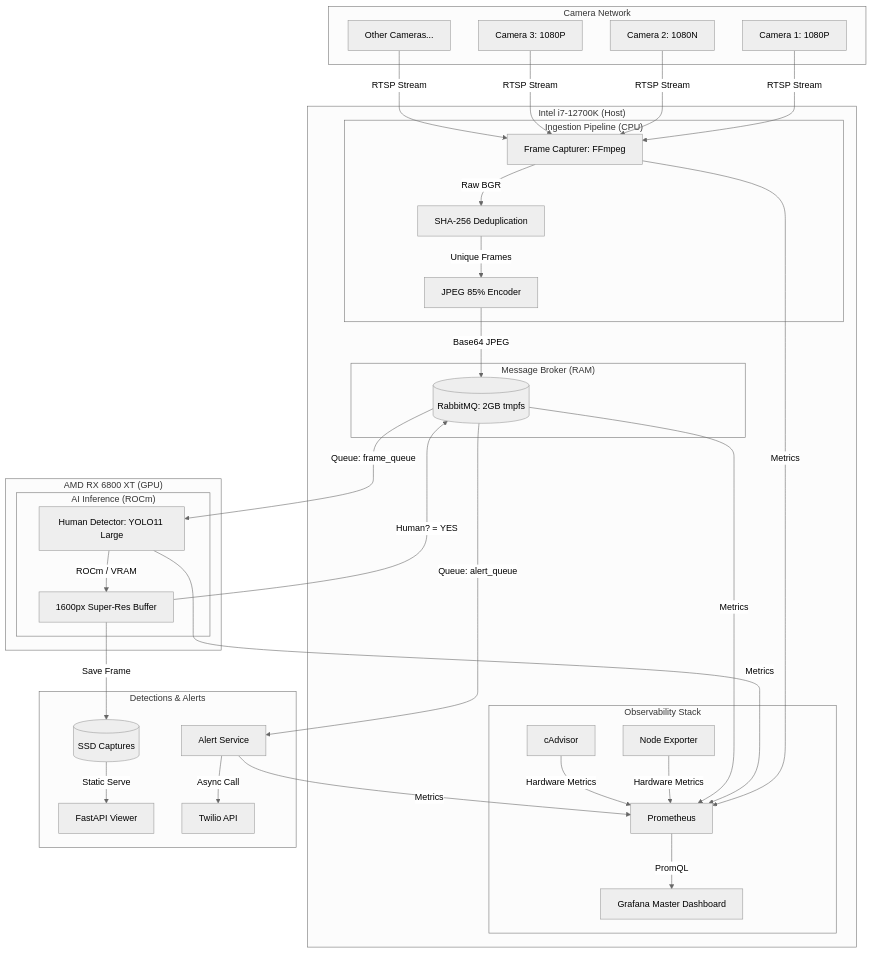
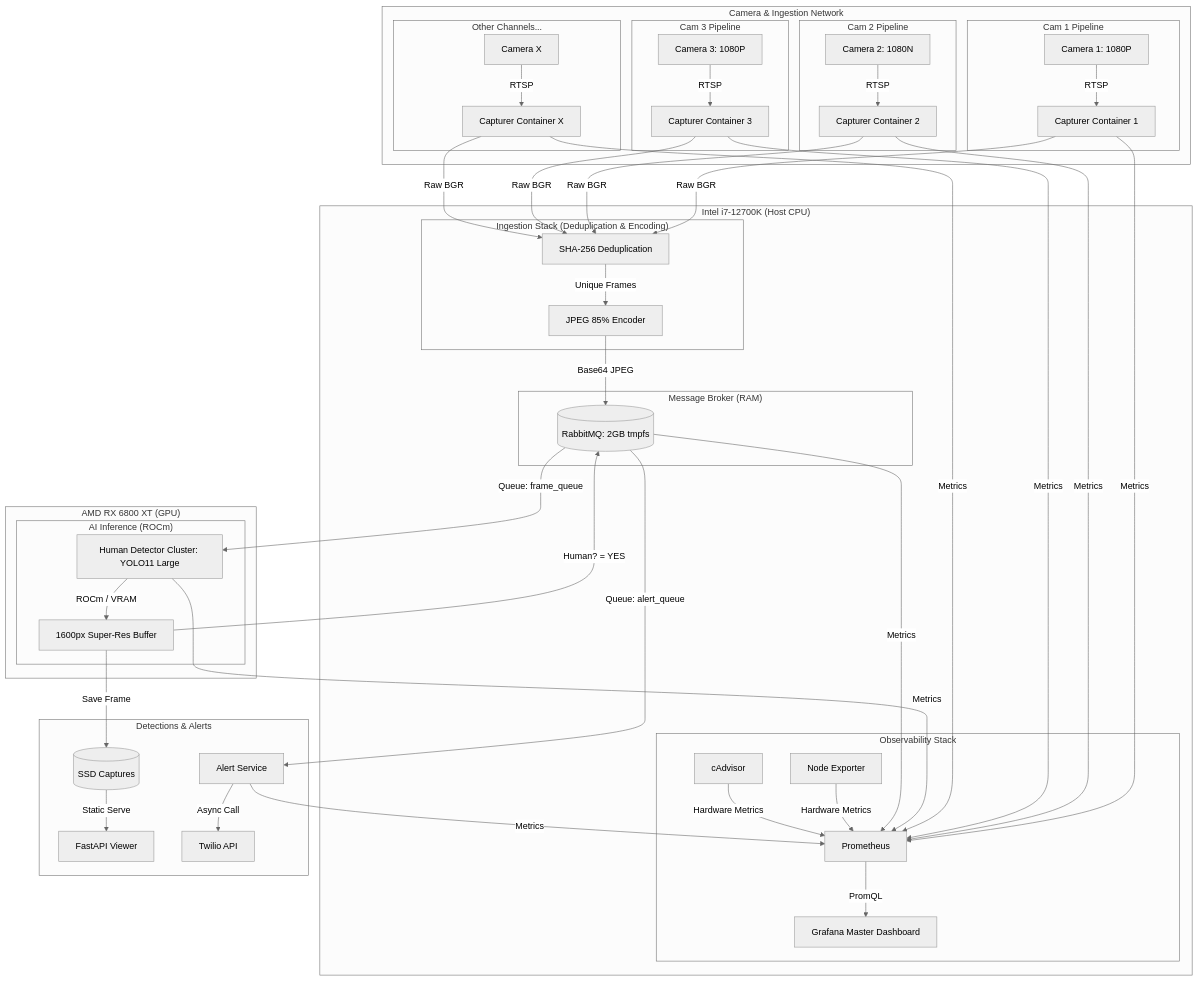
One commit to Tahsib/IntruderWatch changed the diagram in README.md. Above: the diagram before and after it, drawn with Mermaid (neutral theme).

Commit message:
docs: correct architecture diagram to show 1:1 camera-to-container mapping

````diff
--- a/README.md
+++ b/README.md
@@ -10,60 +10,75 @@
 ```mermaid
 graph TD
-    subgraph "Camera Network"
-        C1[Camera 1: 1080P]
-        C2[Camera 2: 1080N]
-        C3[Camera 3: 1080P]
-        CX[Other Cameras...]
+    subgraph "Camera & Ingestion Network"
+        subgraph "Cam 1 Pipeline"
+            C1[Camera 1: 1080P]
+            FC1[Capturer Container 1]
+        end
+        subgraph "Cam 2 Pipeline"
+            C2[Camera 2: 1080N]
+            FC2[Capturer Container 2]
+        end
+        subgraph "Cam 3 Pipeline"
+            C3[Camera 3: 1080P]
+            FC3[Capturer Container 3]
+        end
+        subgraph "Other Channels..."
+            CX[Camera X]
+            FCX[Capturer Container X]
+        end
     end
 
-    subgraph "Intel i7-12700K (Host)"
-        subgraph "Ingestion Pipeline (CPU)"
-            FC[Frame Capturer: FFmpeg]
+    subgraph "Intel i7-12700K (Host CPU)"
+        subgraph "Ingestion Stack (Deduplication & Encoding)"
             HASH[SHA-256 Deduplication]
             ENC[JPEG 85% Encoder]
         end
 
         subgraph "Message Broker (RAM)"
             RMQ[(RabbitMQ: 2GB tmpfs)]
         end
 
         subgraph "Observability Stack"
             PROM[Prometheus]
             GRAF[Grafana Master Dashboard]
             CADV[cAdvisor]
             NODE[Node Exporter]
         end
     end
 
     subgraph "AMD RX 6800 XT (GPU)"
         subgraph "AI Inference (ROCm)"
-            DET[Human Detector: YOLO11 Large]
+            DET[Human Detector Cluster: YOLO11 Large]
             IMG[1600px Super-Res Buffer]
         end
     end
 
     subgraph "Detections & Alerts"
         ALRT[Alert Service]
         VIEW[FastAPI Viewer]
         TWLO[Twilio API]
         DISK[(SSD Captures)]
     end
 
     %% Traffic Flow
-    C1 & C2 & C3 & CX -- "RTSP Stream" --> FC
-    FC -- "Raw BGR" --> HASH
+    C1 -- "RTSP" --> FC1
+    C2 -- "RTSP" --> FC2
+    C3 -- "RTSP" --> FC3
+    CX -- "RTSP" --> FCX
+    
+    FC1 & FC2 & FC3 & FCX -- "Raw BGR" --> HASH
     HASH -- "Unique Frames" --> ENC
     ENC -- "Base64 JPEG" --> RMQ
     RMQ -- "Queue: frame_queue" --> DET
     DET -- "ROCm / VRAM" --> IMG
     IMG -- "Human? = YES" --> RMQ
     RMQ -- "Queue: alert_queue" --> ALRT
     IMG -- "Save Frame" --> DISK
     ALRT -- "Async Call" --> TWLO
     DISK -- "Static Serve" --> VIEW
     
     %% Monitoring Flow
-    FC & DET & ALRT & RMQ -- "Metrics" --> PROM
+    FC1 & FC2 & FC3 & FCX & DET & ALRT & RMQ -- "Metrics" --> PROM
     NODE & CADV -- "Hardware Metrics" --> PROM
     PROM -- "PromQL" --> GRAF
 ```
````
